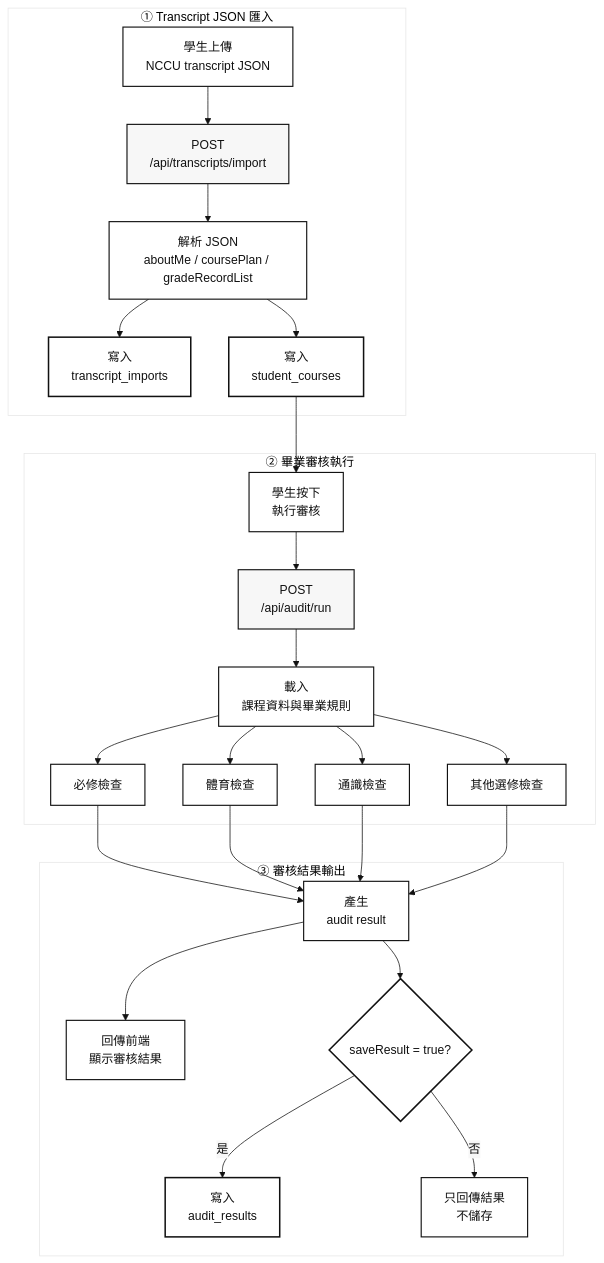
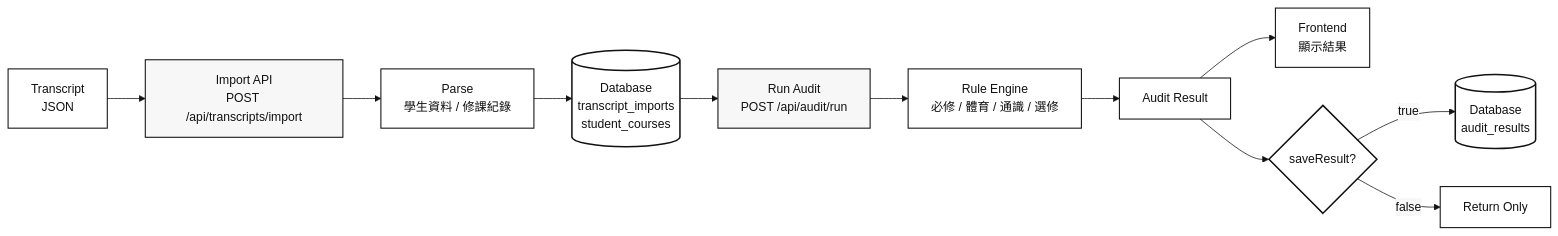
Before and after one commit to Albert2004-27/nccu-ams-credit-checker: the first of 2 diagrams in README.md, drawn with Mermaid. The commit also changed other lines of this file, not shown here.

````diff
--- a/README.md
+++ b/README.md
@@ -104,76 +100,25 @@
   }
 }}%%
 
-flowchart TD
+flowchart LR
+  A["Transcript<br/>JSON"] --> B["Import API<br/>POST /api/transcripts/import"]
+  B --> C["Parse<br/>學生資料 / 修課紀錄"]
+  C --> D[("Database<br/>transcript_imports<br/>student_courses")]
+  D --> E["Run Audit<br/>POST /api/audit/run"]
+  E --> F["Rule Engine<br/>必修 / 體育 / 通識 / 選修"]
+  F --> G["Audit Result"]
+  G --> H["Frontend<br/>顯示結果"]
+  G --> I{"saveResult?"}
+  I -->|true| J[("Database<br/>audit_results")]
+  I -->|false| K["Return Only"]
 
-  %% =========================
-  %% Stage 1: Import Transcript
-  %% =========================
-  subgraph S1["① Transcript JSON 匯入"]
-    A["學生上傳<br/>NCCU transcript JSON"]
-    B["POST<br/>/api/transcripts/import"]
-    C["解析 JSON<br/>aboutMe / coursePlan / gradeRecordList"]
-    D["寫入<br/>transcript_imports"]
-    E["寫入<br/>student_courses"]
-  end
+  classDef node fill:#ffffff,stroke:#111111,stroke-width:1.4px,color:#111111;
+  classDef api fill:#f7f7f7,stroke:#111111,stroke-width:1.4px,color:#111111;
+  classDef db fill:#ffffff,stroke:#111111,stroke-width:2px,color:#111111;
+  classDef decision fill:#ffffff,stroke:#111111,stroke-width:2px,color:#111111;
 
-  %% =========================
-  %% Stage 2: Run Audit
-  %% =========================
-  subgraph S2["② 畢業審核執行"]
-    F["學生按下<br/>執行審核"]
-    G["POST<br/>/api/audit/run"]
-    H["載入<br/>課程資料與畢業規則"]
-
-    I["必修檢查"]
-    J["體育檢查"]
-    K["通識檢查"]
-    L["其他選修檢查"]
-  end
-
-  %% =========================
-  %% Stage 3: Result Handling
-  %% =========================
-  subgraph S3["③ 審核結果輸出"]
-    M["產生<br/>audit result"]
-    N["回傳前端<br/>顯示審核結果"]
-    O{"saveResult = true?"}
-    P["寫入<br/>audit_results"]
-    Q["只回傳結果<br/>不儲存"]
-  end
-
-  A --> B --> C
-  C --> D
-  C --> E
-  E --> F --> G --> H
-
-  H --> I
-  H --> J
-  H --> K
-  H --> L
-
-  I --> M
-  J --> M
-  K --> M
-  L --> M
-
-  M --> N
-  M --> O
-  O -->|是| P
-  O -->|否| Q
-
-  %% =========================
-  %% Black-and-white styling
-  %% =========================
-  classDef defaultNode fill:#ffffff,stroke:#111111,stroke-width:1.5px,color:#111111;
-  classDef apiNode fill:#f7f7f7,stroke:#111111,stroke-width:1.5px,color:#111111;
-  classDef dbNode fill:#ffffff,stroke:#111111,stroke-width:2px,color:#111111;
-  classDef checkNode fill:#ffffff,stroke:#111111,stroke-width:1.5px,color:#111111;
-  classDef decisionNode fill:#ffffff,stroke:#111111,stroke-width:2px,color:#111111;
-
-  class A,C,F,H,M,N,Q defaultNode;
-  class B,G apiNode;
-  class D,E,P dbNode;
-  class I,J,K,L checkNode;
-  class O decisionNode;
+  class A,C,F,G,H,K node;
+  class B,E api;
+  class D,J db;
+  class I decision;
 ```
````
